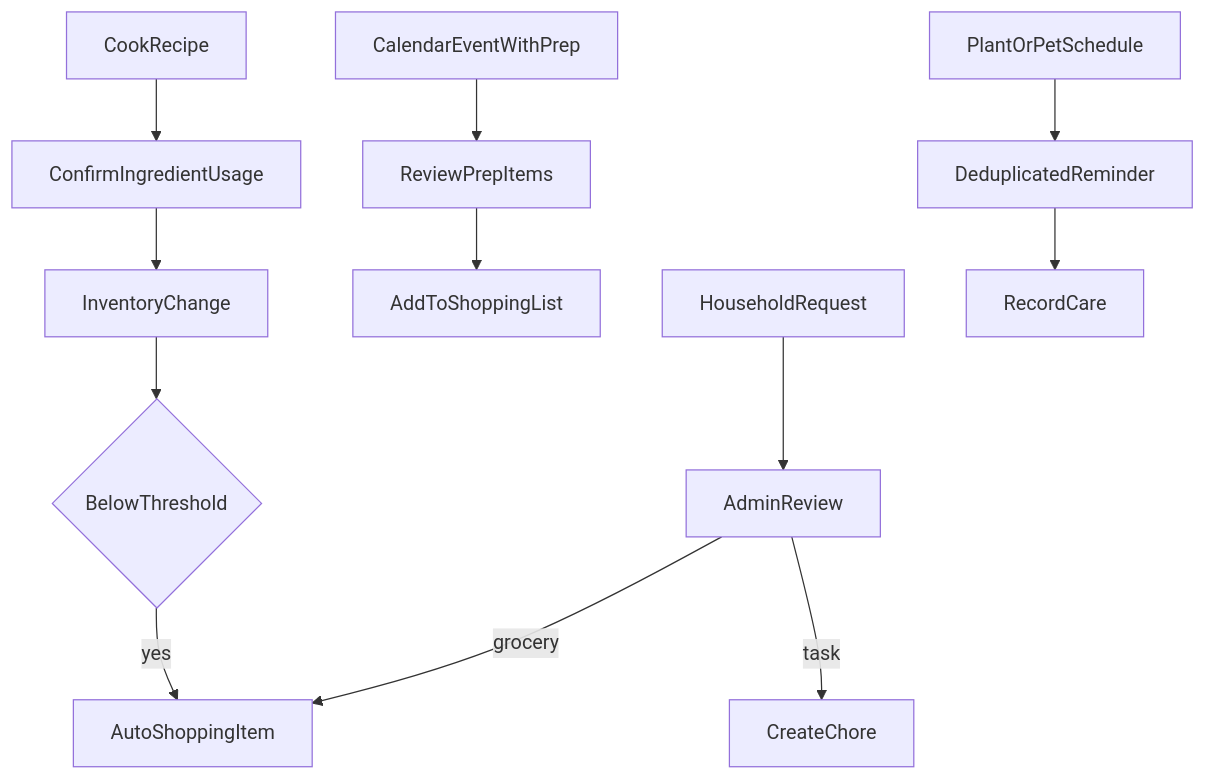
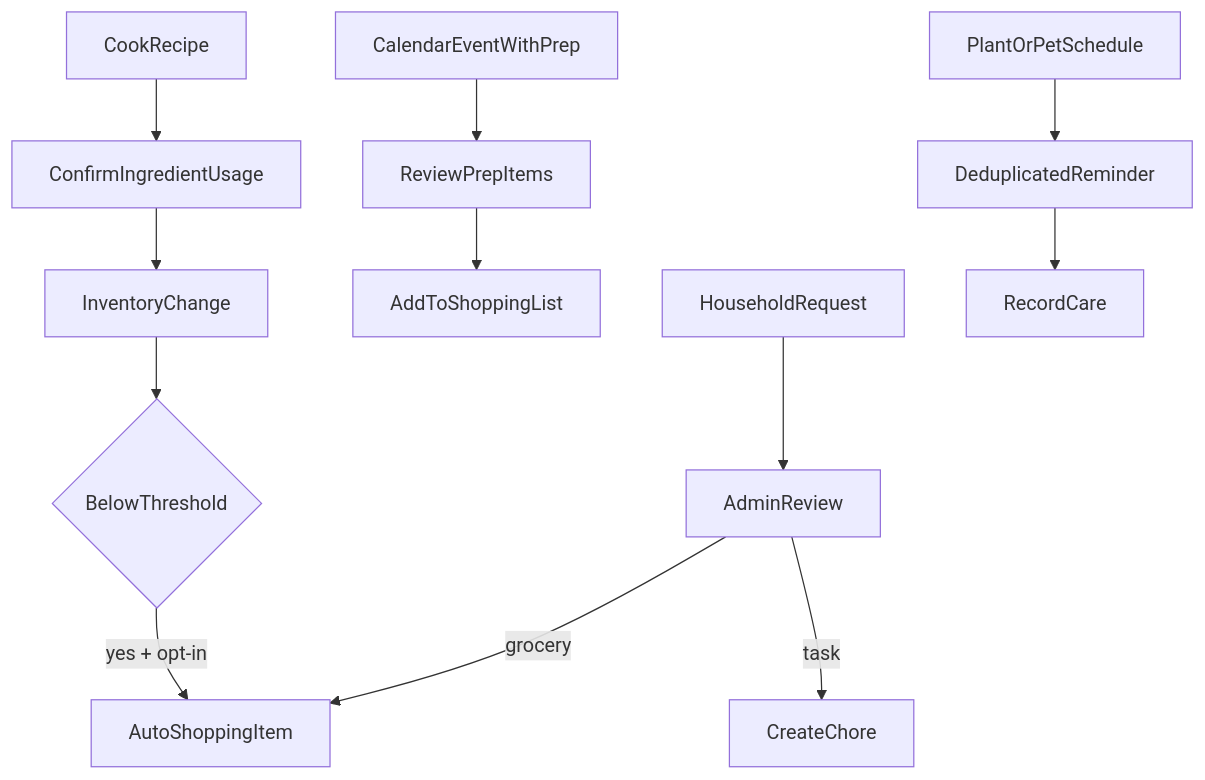
Before and after one commit to wimpal/homebase: the second of 3 diagrams in docs/roadmap.md, drawn with Mermaid. The commit also changed other lines of this file and 35 other files, not shown here.

````diff
--- a/docs/roadmap.md
+++ b/docs/roadmap.md
@@ -432,14 +427,14 @@
 ```mermaid
 flowchart TD
   InventoryChange[InventoryChange] --> ThresholdCheck{BelowThreshold}
-  ThresholdCheck -->|yes| ShoppingItem[AutoShoppingItem]
+  ThresholdCheck -->|yes + opt-in| ShoppingItem[AutoShoppingItem]
   CalendarEvent[CalendarEventWithPrep] --> PrepReview[ReviewPrepItems]
   PrepReview --> ShoppingList[AddToShoppingList]
   RecipeCook[CookRecipe] --> StockPreview[ConfirmIngredientUsage]
   StockPreview --> InventoryChange
   HouseholdRequest[HouseholdRequest] --> AdminReview[AdminReview]
   AdminReview -->|grocery| ShoppingItem
   AdminReview -->|task| ChoreCreate[CreateChore]
   CareSchedule[PlantOrPetSchedule] --> Reminder[DeduplicatedReminder]
   Reminder --> CareLog[RecordCare]
 ```
````
